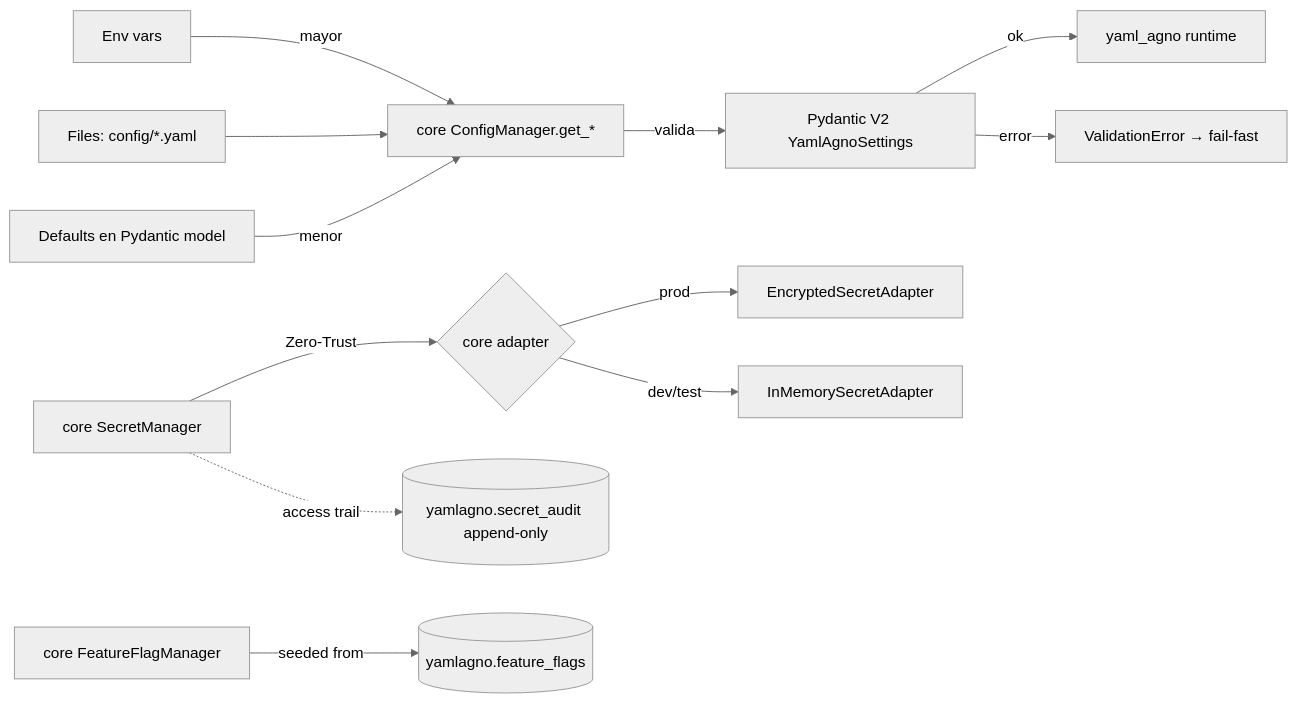
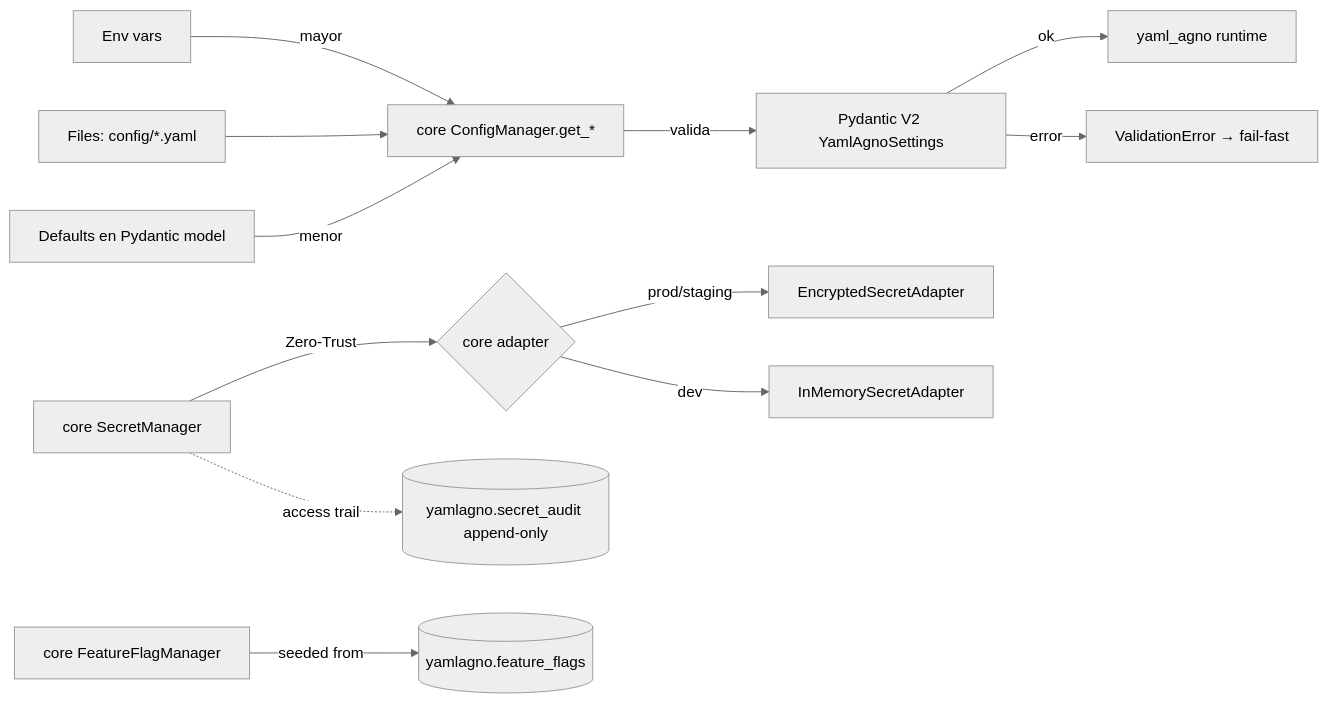
One commit to CENFARG/yaml-agno changed the diagram in specs/SPEC_23_CONFIG_AND_SECRETS.md. Above: the diagram before and after it, drawn with Mermaid (neutral theme). The commit also changed other lines of this file, not shown here.

Commit message:
spec(23): deep review — fix ConfigManager/SecretManager/FeatureFlagManager adapter ctors and param names vs core-cenf real source

````diff
--- a/specs/SPEC_23_CONFIG_AND_SECRETS.md
+++ b/specs/SPEC_23_CONFIG_AND_SECRETS.md
@@ -55,17 +55,17 @@
 ```mermaid
 flowchart LR
   ENV[Env vars] -->|mayor| CM[core ConfigManager.get_*]
   FILES[Files: config/*.yaml] --> CM
   DEFAULTS[Defaults en Pydantic model] -->|menor| CM
 
   CM -->|valida| PYD[Pydantic V2 YamlAgnoSettings]
   PYD -->|ok| APP[yaml_agno runtime]
   PYD -->|error| RAISE[ValidationError → fail-fast]
 
   SM[core SecretManager] -->|Zero-Trust| ADP{core adapter}
-  ADP -->|prod| ENC[EncryptedSecretAdapter]
-  ADP -->|dev/test| MEM[InMemorySecretAdapter]
+  ADP -->|prod/staging| ENC[EncryptedSecretAdapter]
+  ADP -->|dev| MEM[InMemorySecretAdapter]
 
   FF[core FeatureFlagManager] -->|seeded from| FFLAG[(yamlagno.feature_flags)]
   SM -.access trail.-> AUD[(yamlagno.secret_audit append-only)]
 ```
````
